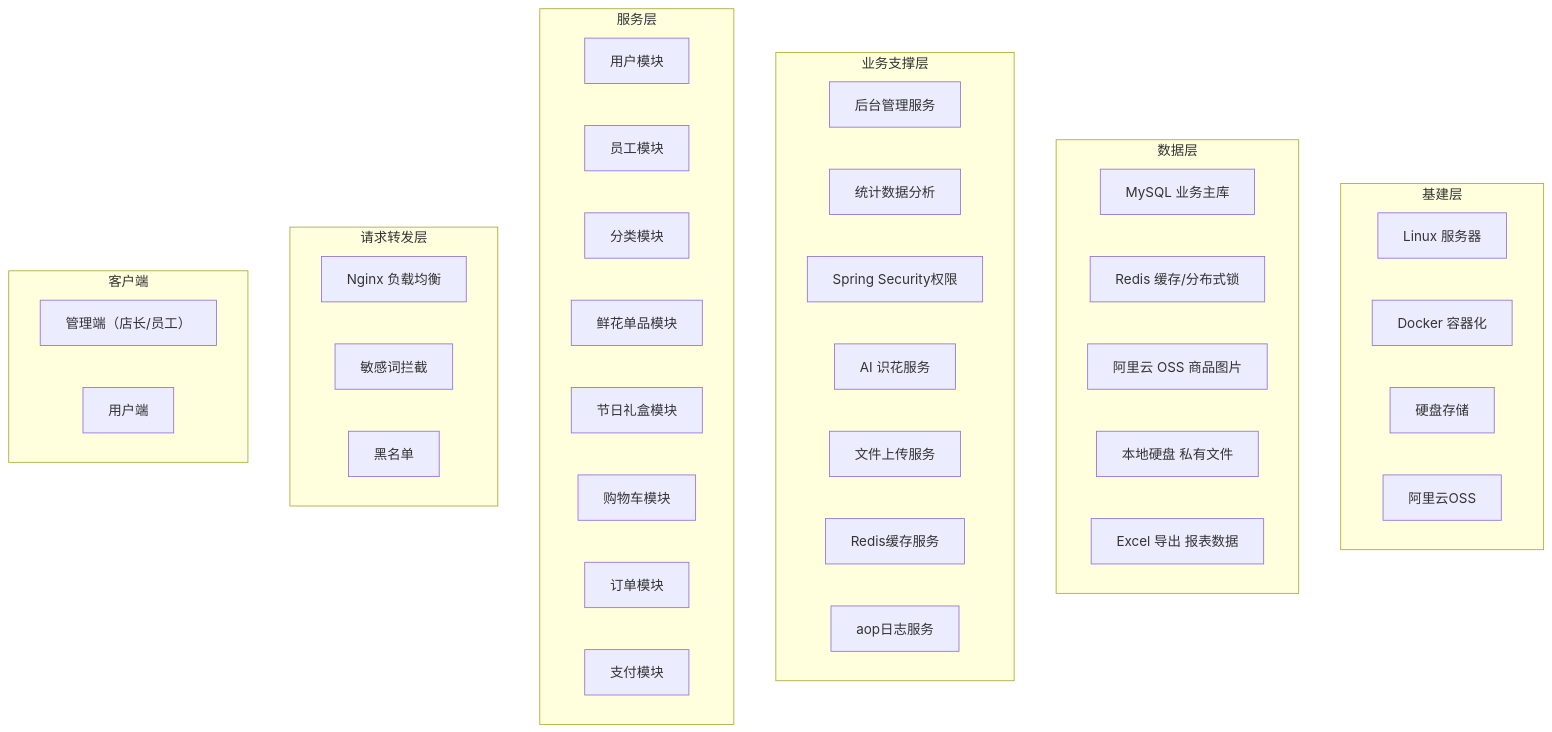
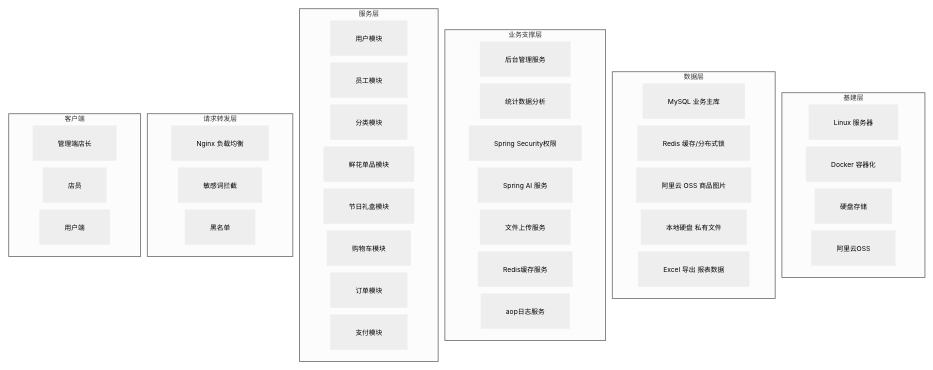
The first of 7 diagrams in README.md (1reaikeyi/flowerpayment-ai), drawn with Mermaid before and after one commit. The commit also changed other lines of this file and 11 other files, not shown here.

````diff
--- a/README.md
+++ b/README.md
@@ -29,58 +26,60 @@
 ```mermaid
+	%%{init: {'theme':'neutral','themeVariables':{'fontSize':'8px','nodeBorder':'2px'},'flowchart':{'nodeSpacing':8,'rankSpacing':32,'useMaxWidth':false,'curve':'basis'}}}%%
 	flowchart TB
 	%% ============ 基建层 ============
     subgraph INFRA["基建层"]
         direction LR
         I1["Linux 服务器"]
         I2["Docker 容器化"]
         I3["硬盘存储"]
         I4["阿里云OSS"]
     end
      %% ============ 数据层 ============
     subgraph DATA["数据层"]
         direction LR
         D1["MySQL 业务主库"]
         D2["Redis 缓存/分布式锁"]
         D3["阿里云 OSS 商品图片"]
         D4["本地硬盘 私有文件"]
         D5["Excel 导出 报表数据"]
     end
  	%% ============ 业务支撑层 ============
     subgraph BIZ["业务支撑层"]
         direction LR
         BK1["后台管理服务"]
         BK2["统计数据分析"]
         BK3["Spring Security权限"]
-        BK4["AI 识花服务"]
+        BK4["Spring AI 服务"]
         BK5["文件上传服务"]
         BK6["Redis缓存服务"]
         BK7["aop日志服务"]
     end
     
     %% ============ 服务层（业务模块）============
     subgraph SERVICE["服务层"]
         direction LR
         S1["用户模块"]
         S2["员工模块"]
         S3["分类模块"]
         S4["鲜花单品模块"]
         S5["节日礼盒模块"]
         S6["购物车模块"]
         S7["订单模块"]
         S8["支付模块"]
     end
   	%% ============ 请求转发层 ============
     subgraph GATEWAY["请求转发层"]
         direction LR
         GB1["Nginx 负载均衡"]
         GB2["敏感词拦截"]
         GB3["黑名单"]
     end
 
     %% ============ 客户端 ============
     subgraph CLIENT["客户端"]
         direction LR
-        C1["管理端（店长/员工）"]
+        C1["管理端店长"]
+        C3["店员"]
         C2["用户端"]
     end
 ```
````
